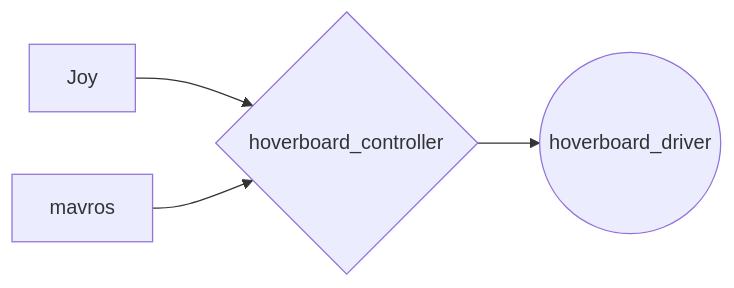
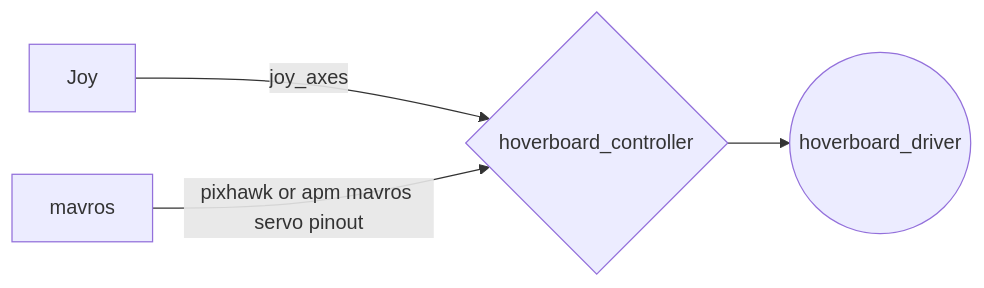
The diagram in README.md (harunkurtdev/yildiz_tarim_hoverboard_controller), drawn with Mermaid before and after one commit.

````diff
--- a/README.md
+++ b/README.md
@@ -6,6 +6,6 @@
 ```mermaid
 graph LR
-K[Joy] --> D{hoverboard_controller}
-A[mavros] --> D
+K[Joy] --joy_axes--> D{hoverboard_controller}
+A[mavros] --pixhawk or apm mavros servo pinout--> D
 D --> E((hoverboard_driver))
 ```
````
